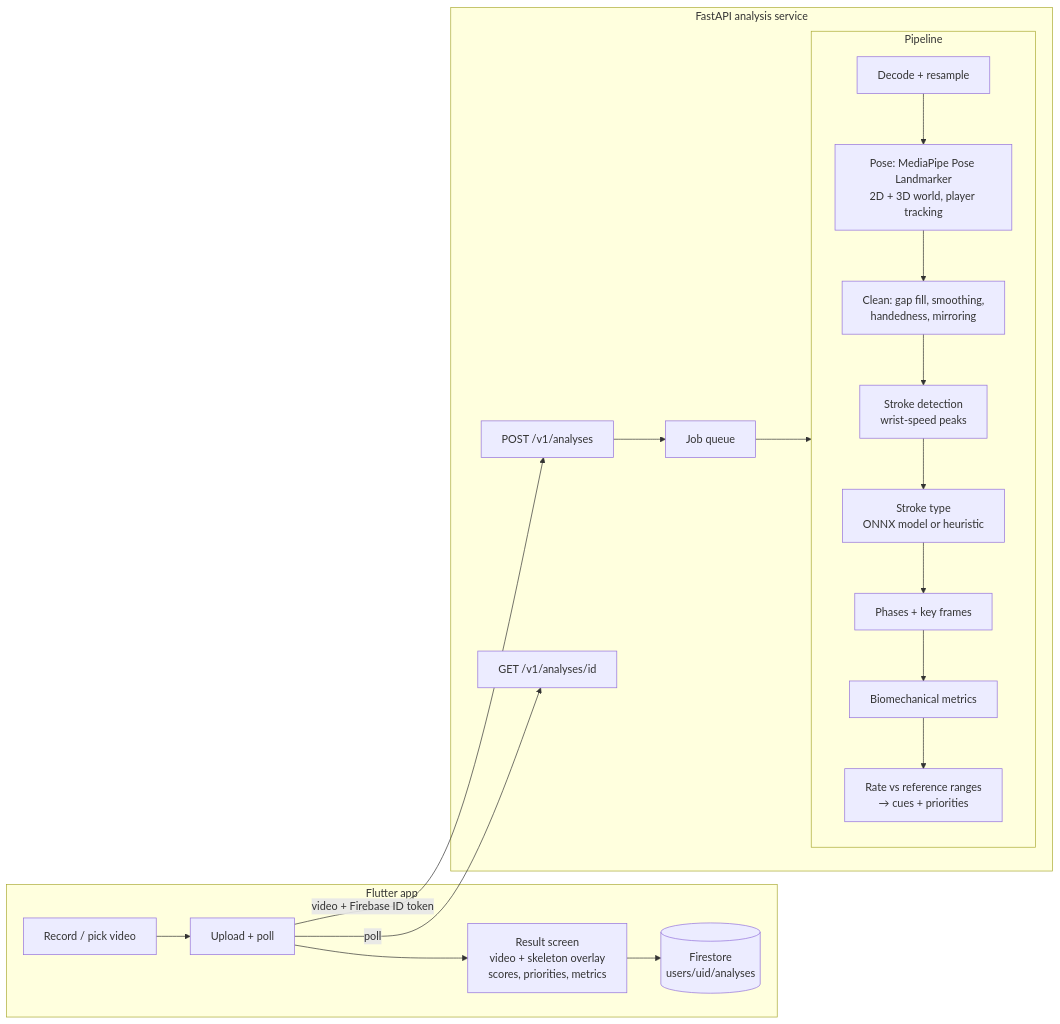
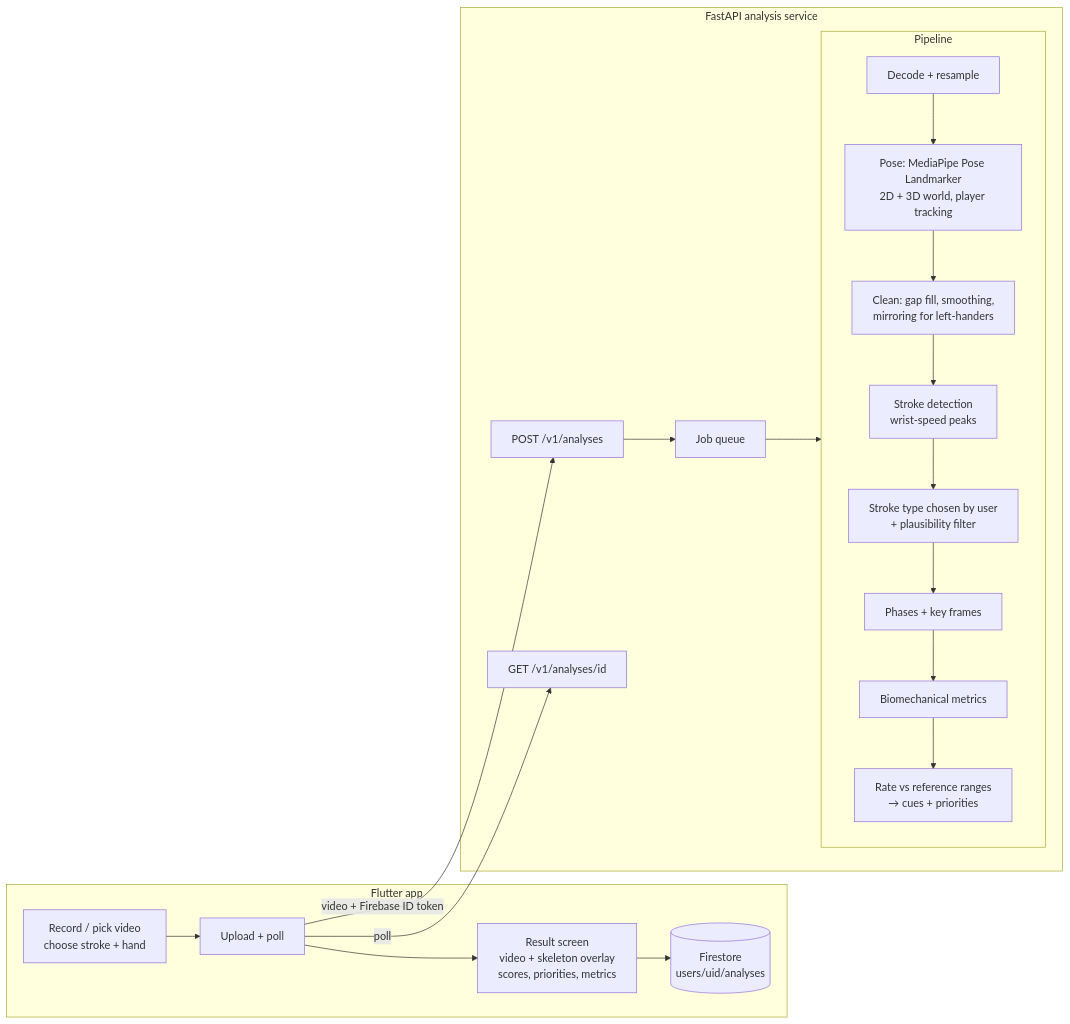
The diagram in docs/ARCHITECTURE.md (henrychen4736/CAC24), drawn with Mermaid before and after one commit. The commit also changed other lines of this file and 7 other files, not shown here.

First line of the commit message:
Update docs and setup scripts for user-chosen stroke type and handedness

````diff
--- a/docs/ARCHITECTURE.md
+++ b/docs/ARCHITECTURE.md
@@ -28,25 +28,25 @@
 ```mermaid
 flowchart LR
   subgraph App[Flutter app]
-    A1[Record / pick video] --> A2[Upload + poll]
+    A1[Record / pick video\nchoose stroke + hand] --> A2[Upload + poll]
     A2 --> A3[Result screen\nvideo + skeleton overlay\nscores, priorities, metrics]
     A3 --> A4[(Firestore\nusers/uid/analyses)]
   end
   subgraph API[FastAPI analysis service]
     B1[POST /v1/analyses] --> B2[Job queue]
     B2 --> P
     B3[GET /v1/analyses/id]
   end
   subgraph P[Pipeline]
     direction TB
     P1[Decode + resample] --> P2[Pose: MediaPipe Pose Landmarker\n2D + 3D world, player tracking]
-    P2 --> P3[Clean: gap fill, smoothing,\nhandedness, mirroring]
+    P2 --> P3[Clean: gap fill, smoothing,\nmirroring for left-handers]
     P3 --> P4[Stroke detection\nwrist-speed peaks]
-    P4 --> P5[Stroke type\nONNX model or heuristic]
+    P4 --> P5[Stroke type chosen by user\n+ plausibility filter]
     P5 --> P6[Phases + key frames]
     P6 --> P7[Biomechanical metrics]
     P7 --> P8[Rate vs reference ranges\n→ cues + priorities]
   end
   A2 -- video + Firebase ID token --> B1
   A2 -- poll --> B3
 ```
````
